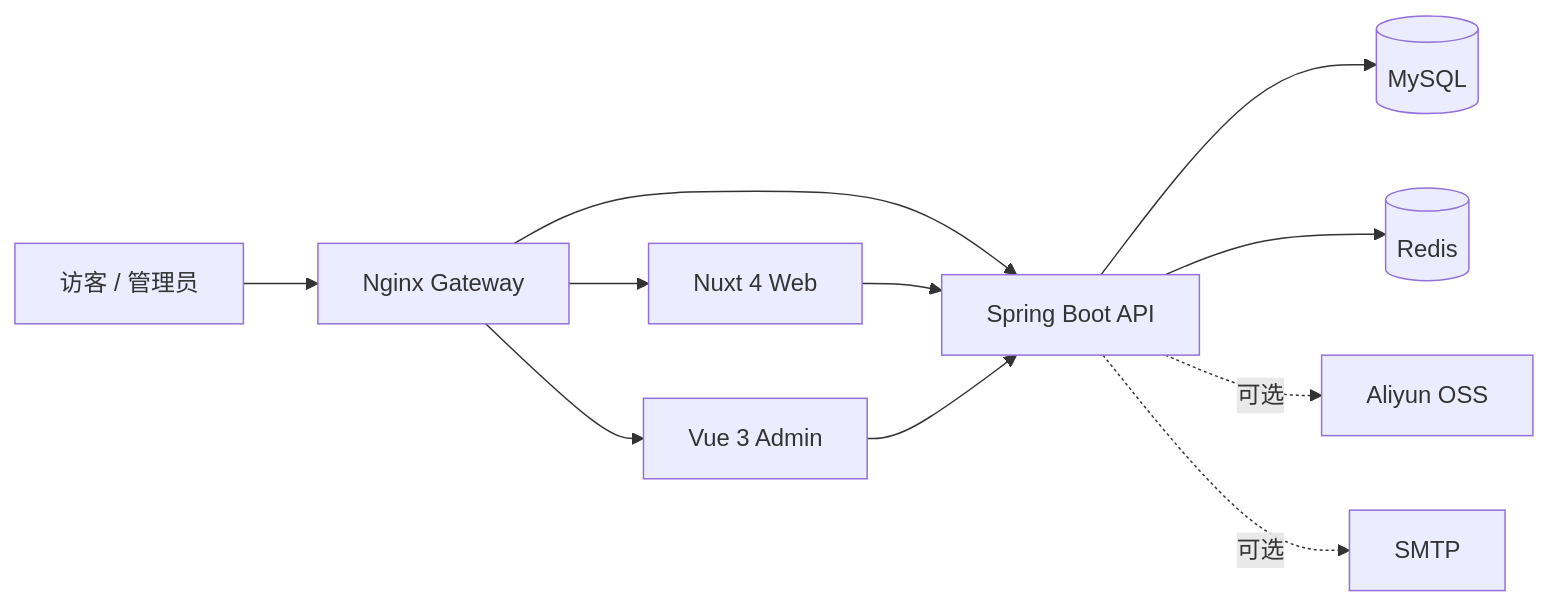
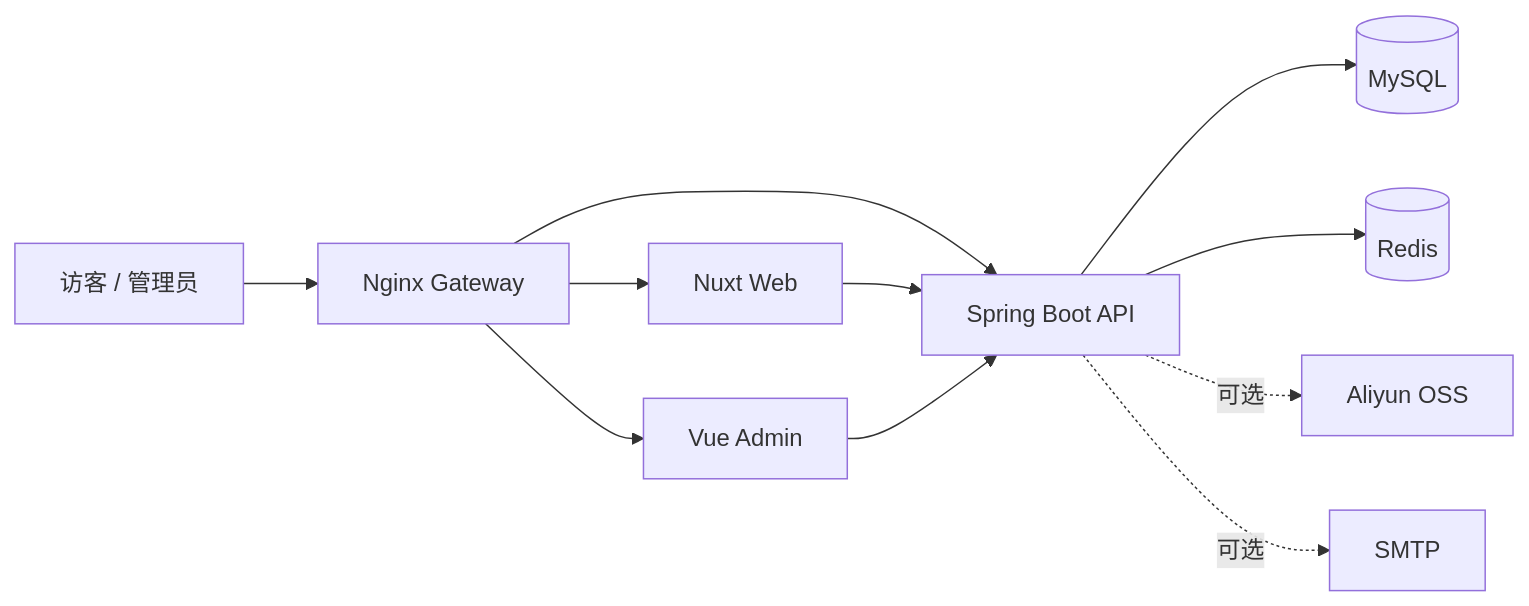
The diagram in README.md (CageWang0721/CageWang-Website), drawn with Mermaid before and after one commit. The commit also changed other lines of this file and 11 other files, not shown here.

````diff
--- a/README.md
+++ b/README.md
@@ -20,13 +46,13 @@
 ```mermaid
 flowchart LR
-    Visitor["访客 / 管理员"] --> Nginx["Nginx Gateway"]
-    Nginx --> Web["Nuxt 4 Web"]
-    Nginx --> Admin["Vue 3 Admin"]
-    Nginx --> API["Spring Boot API"]
+    Visitor["访客 / 管理员"] --> Gateway["Nginx Gateway"]
+    Gateway --> Web["Nuxt Web"]
+    Gateway --> Admin["Vue Admin"]
+    Gateway --> API["Spring Boot API"]
     Web --> API
     Admin --> API
     API --> MySQL[("MySQL")]
     API --> Redis[("Redis")]
     API -. 可选 .-> OSS["Aliyun OSS"]
     API -. 可选 .-> SMTP["SMTP"]
 ```
````
